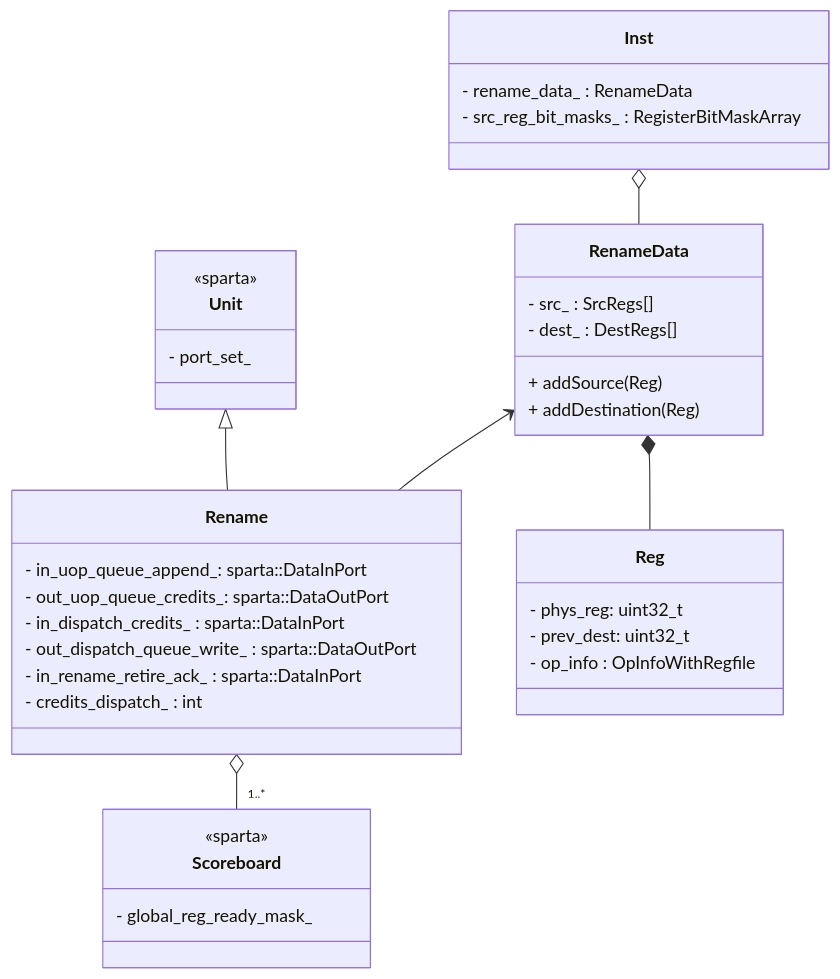
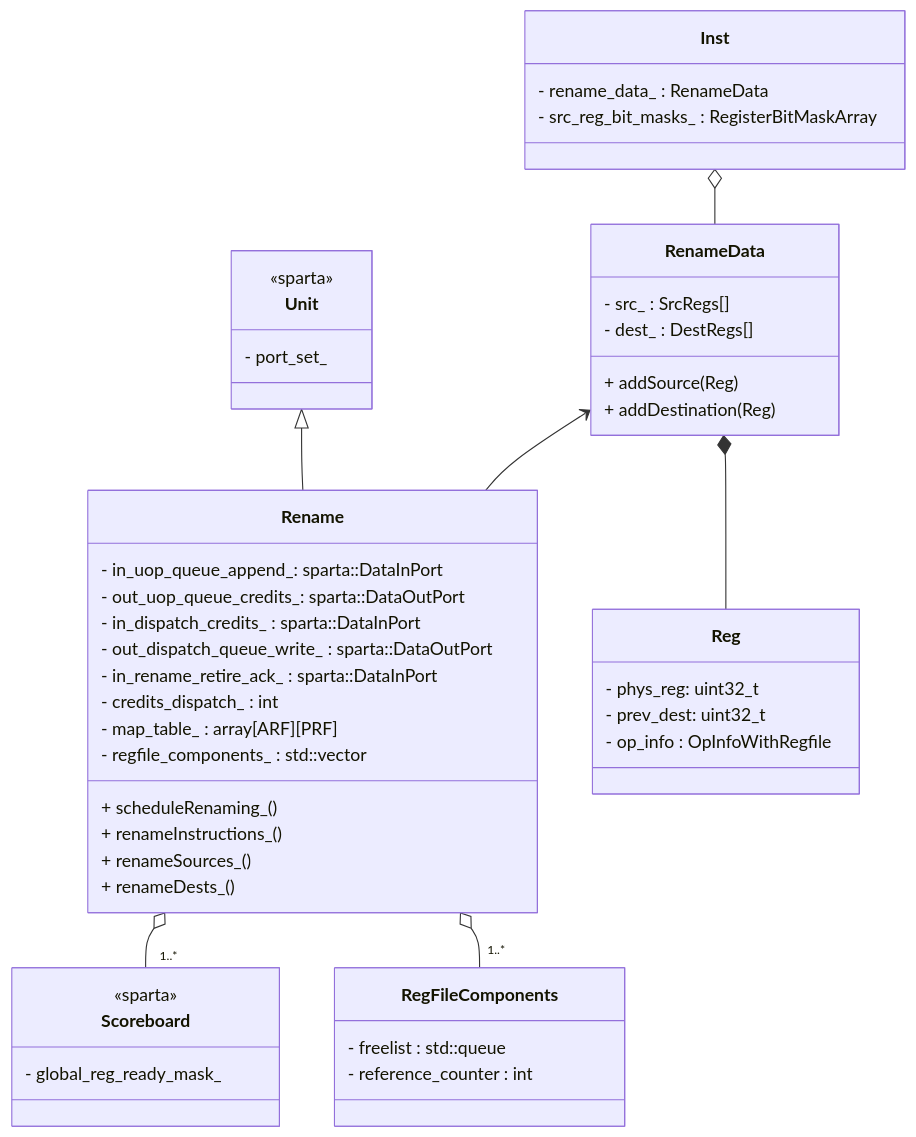
The diagram in docs/rename.adoc (riscv-software-src/riscv-perf-model), drawn with Mermaid before and after one commit. The commit also changed other lines of this file and 1 other file, not shown here.

````diff
--- a/docs/rename.adoc
+++ b/docs/rename.adoc
@@ -58,39 +58,50 @@
 ```mermaid
-classDiagram
+ classDiagram
     Unit <|-- Rename
     class Unit {
       <<sparta>>
       - port_set_
     }
     class Rename{
       - in_uop_queue_append_: sparta::DataInPort
       - out_uop_queue_credits_: sparta::DataOutPort
       - in_dispatch_credits_ : sparta::DataInPort
       - out_dispatch_queue_write_ : sparta::DataOutPort
       - in_rename_retire_ack_ : sparta::DataInPort
       - credits_dispatch_ : int
+      - map_table_ : array[ARF][PRF]
+      - regfile_components_ : std::vector<RegFileComponents>
+      + scheduleRenaming_()
+      + renameInstructions_()
+      + renameSources_()
+      + renameDests_()
+    }
+    class RegFileComponents {
+      - freelist : std::queue<int>
+      - reference_counter : int
     }
     class RenameData{
       - src_ : SrcRegs[]
       - dest_ : DestRegs[]
       + addSource(Reg)
       + addDestination(Reg)
     }
    class Reg {
       - phys_reg: uint32_t
       - prev_dest: uint32_t
       - op_info : OpInfoWithRegfile
     }
     class Inst {
         - rename_data_ : RenameData
         - src_reg_bit_masks_ : RegisterBitMaskArray
     }
     class Scoreboard {
         <<sparta>>
         - global_reg_ready_mask_
     }
     RenameData *-- Reg
     RenameData <-- Rename
     Inst o-- RenameData
     Rename o-- "1..*" Scoreboard
+    Rename o-- "1..*" RegFileComponents
 ```
````
